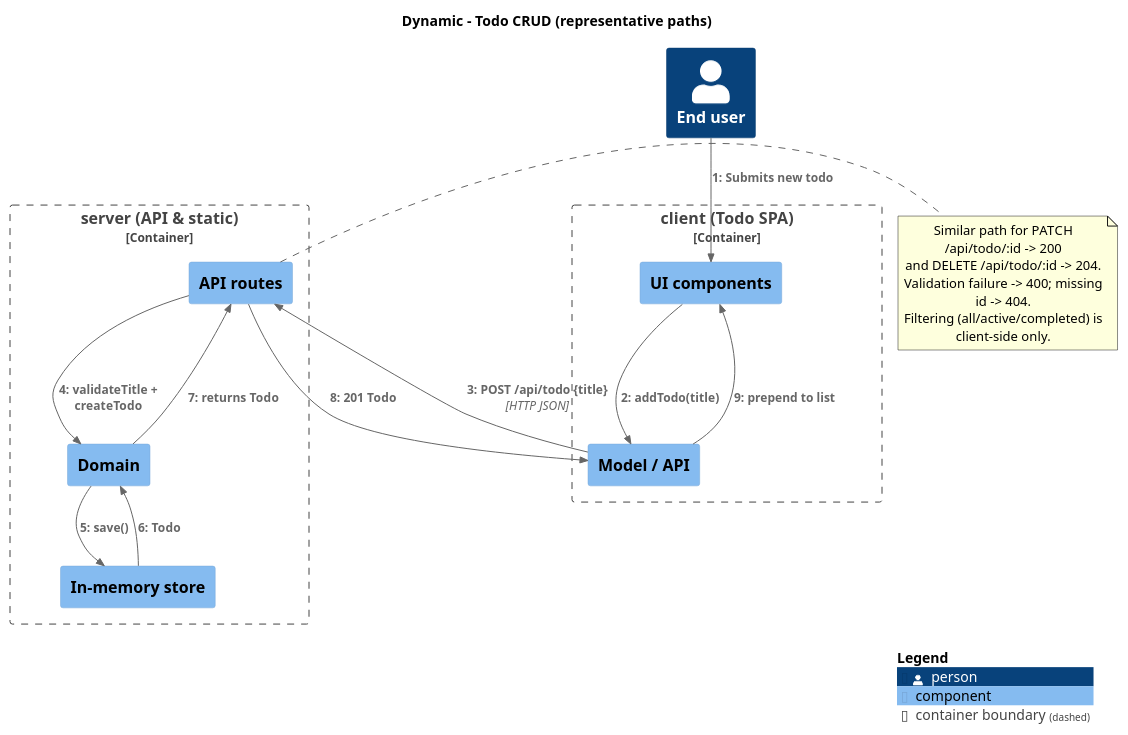
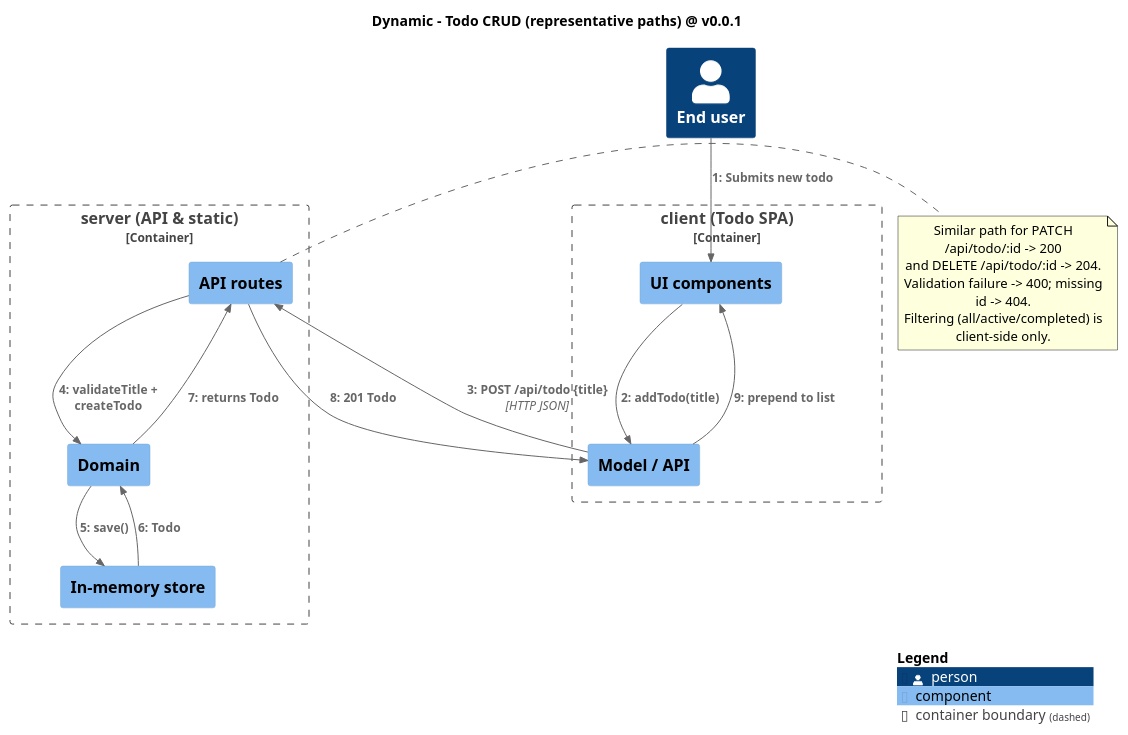
Before and after one commit to MemoryIt/todo: the diagram in docs/architecture/diagrams/05b-dynamic-todo-crud.puml, drawn with PlantUML. The commit also changed 10 other files, not shown here.

Commit message:
docs(diagrams): add the v0.0.1 version anchor to diagram titles

```diff
--- a/docs/architecture/diagrams/05b-dynamic-todo-crud.puml
+++ b/docs/architecture/diagrams/05b-dynamic-todo-crud.puml
@@ -1,36 +1,36 @@
 @startuml
 !include <C4/C4_Dynamic>
-title Dynamic - Todo CRUD (representative paths)
+title Dynamic - Todo CRUD (representative paths) @ v0.0.1
 
 Person(user, "End user")
 
 Container_Boundary(c, "client (Todo SPA)") {
   Component(ui, "UI components")
   Component(model, "Model / API")
 }
 
 Container_Boundary(s, "server (API & static)") {
   Component(api, "API routes")
   Component(domain, "Domain")
   Component(store, "In-memory store")
 }
 
 Rel(user, ui, "Submits new todo")
 Rel(ui, model, "addTodo(title)")
 Rel(model, api, "POST /api/todo {title}", "HTTP JSON")
 Rel(api, domain, "validateTitle + createTodo")
 Rel(domain, store, "save()")
 Rel(store, domain, "Todo")
 Rel(domain, api, "returns Todo")
 Rel(api, model, "201 Todo")
 Rel(model, ui, "prepend to list")
 
 note right of api
   Similar path for PATCH /api/todo/:id -> 200
   and DELETE /api/todo/:id -> 204.
   Validation failure -> 400; missing id -> 404.
   Filtering (all/active/completed) is client-side only.
 end note
 
 SHOW_LEGEND()
 @enduml
```
